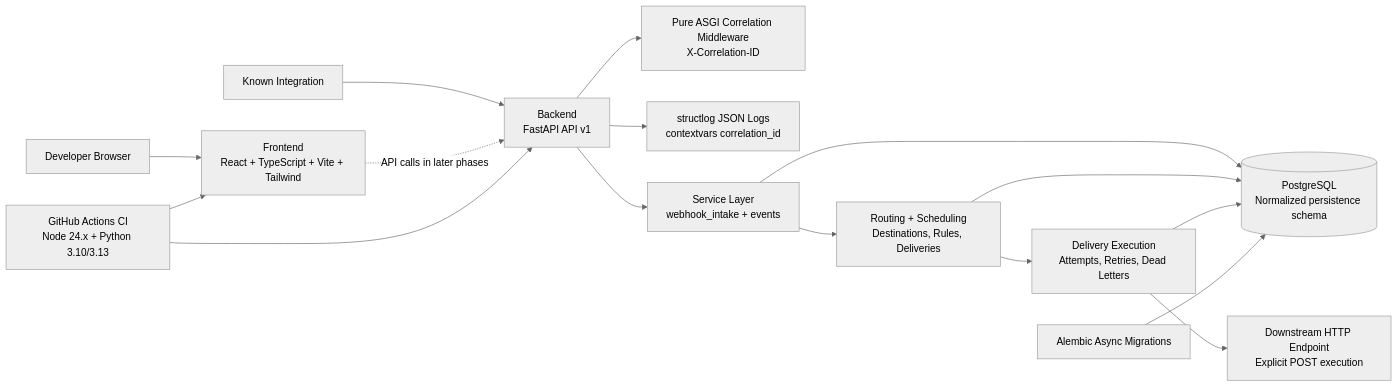
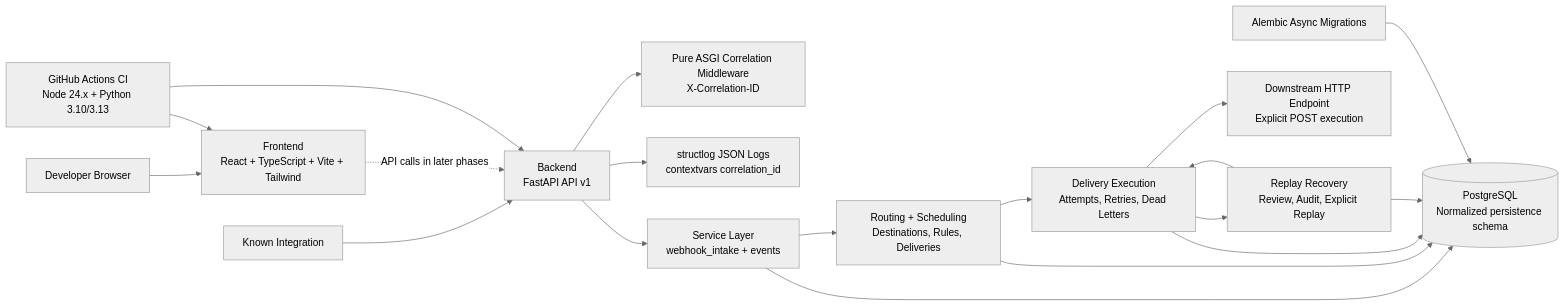
Before and after one commit to iayushmahajan/relayguard: the diagram in docs/architecture.md, drawn with Mermaid (neutral theme). The commit also changed other lines of this file and 15 other files, not shown here.

````diff
--- a/docs/architecture.md
+++ b/docs/architecture.md
@@ -3,18 +3,21 @@
 ```mermaid
 flowchart LR
   U[Developer Browser] --> F[Frontend\nReact + TypeScript + Vite + Tailwind]
   W[Known Integration] --> B[Backend\nFastAPI API v1]
   F -. API calls in later phases .-> B
   B --> C[Pure ASGI Correlation Middleware\nX-Correlation-ID]
   B --> L[structlog JSON Logs\ncontextvars correlation_id]
   B --> S[Service Layer\nwebhook_intake + events]
   S --> R[Routing + Scheduling\nDestinations, Rules, Deliveries]
   R --> E[Delivery Execution\nAttempts, Retries, Dead Letters]
+  E --> P[Replay Recovery\nReview, Audit, Explicit Replay]
   S --> D[(PostgreSQL\nNormalized persistence schema)]
   R --> D
   E --> D
+  P --> D
+  P --> E
   E --> X[Downstream HTTP Endpoint\nExplicit POST execution]
   M[Alembic Async Migrations] --> D
   CI[GitHub Actions CI\nNode 24.x + Python 3.10/3.13] --> F
   CI --> B
 ```
````
